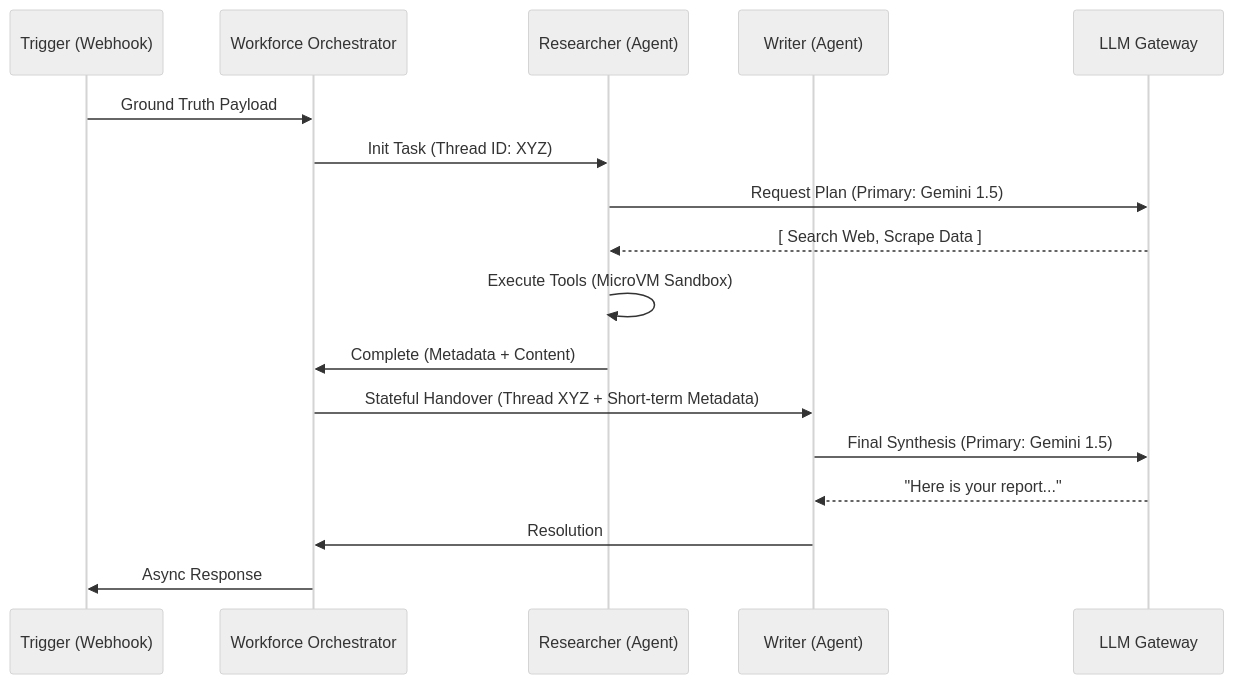
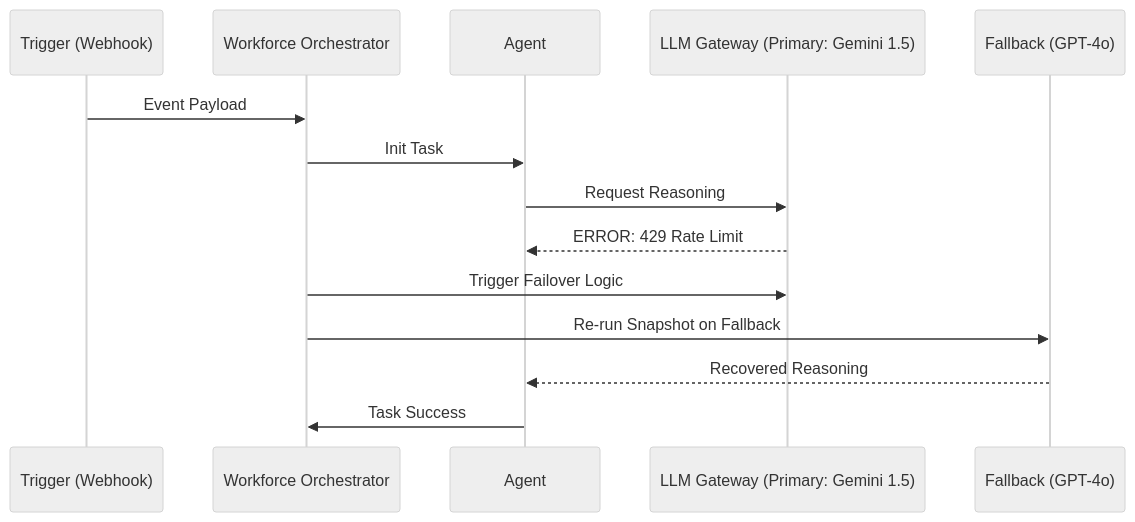
The first of 2 diagrams in RELEVANCE_AI_TECHNICAL_AUDIT.md (alfadilmed/Workforce-ai-CDC), drawn with Mermaid (neutral theme) before and after one commit. The commit also changed other lines of this file and 1 other file, not shown here.

````diff
--- a/RELEVANCE_AI_TECHNICAL_AUDIT.md
+++ b/RELEVANCE_AI_TECHNICAL_AUDIT.md
@@ -89,21 +77,17 @@
 ```mermaid
 sequenceDiagram
     participant T as Trigger (Webhook)
     participant W as Workforce Orchestrator
-    participant A1 as Researcher (Agent)
-    participant A2 as Writer (Agent)
-    participant L as LLM Gateway
+    participant A as Agent
+    participant L as LLM Gateway (Primary: Gemini 1.5)
+    participant FB as Fallback (GPT-4o)
 
-    T->>W: Ground Truth Payload
-    W->>A1: Init Task (Thread ID: XYZ)
-    A1->>L: Request Plan (Primary: Gemini 1.5)
-    L-->>A1: [ Search Web, Scrape Data ]
-    A1->>A1: Execute Tools (MicroVM Sandbox)
-    A1->>W: Complete (Metadata + Content)
-
-    W->>A2: Stateful Handover (Thread XYZ + Short-term Metadata)
-    A2->>L: Final Synthesis (Primary: Gemini 1.5)
-    L-->>A2: "Here is your report..."
-    A2->>W: Resolution
-    W->>T: Async Response
+    T->>W: Event Payload
+    W->>A: Init Task
+    A->>L: Request Reasoning
+    L-->>A: ERROR: 429 Rate Limit
+    W->>L: Trigger Failover Logic
+    W->>FB: Re-run Snapshot on Fallback
+    FB-->>A: Recovered Reasoning
+    A->>W: Task Success
 ```
````
